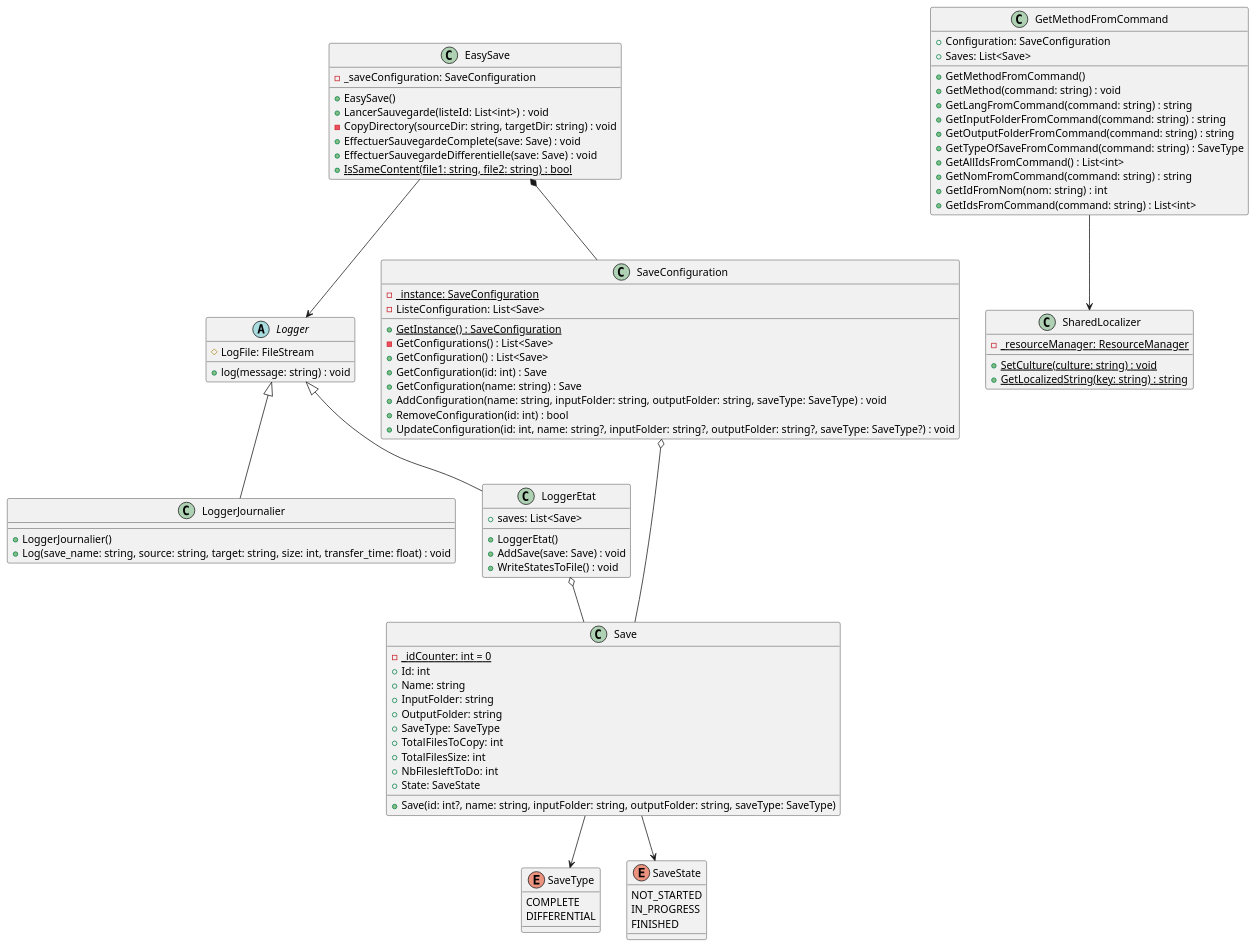
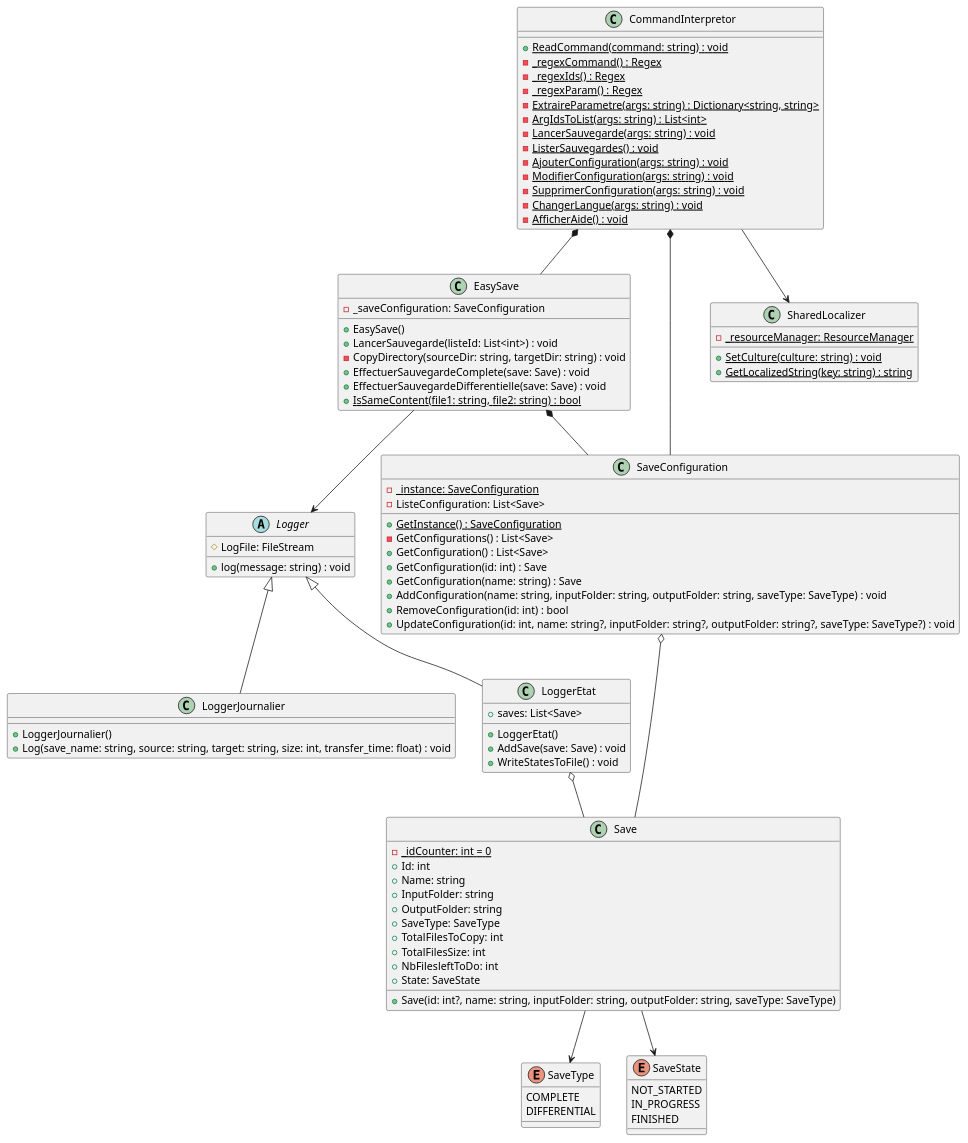
The diagram in UML/ClassDiagram.plantuml (Melvin-Menanteau/EasySave), drawn with PlantUML before and after one commit. The commit also changed 7 other files, not shown here.

Commit message:
feat (CommandInterpretor)

```diff
--- a/UML/ClassDiagram.plantuml
+++ b/UML/ClassDiagram.plantuml
@@ -1,97 +1,100 @@
 @startuml Diagramme de classe
 abstract class Logger {
     #LogFile: FileStream
     +log(message: string) : void
 }
 
 Logger <|-- LoggerJournalier
 class LoggerJournalier {
     +LoggerJournalier()
     +Log(save_name: string, source: string, target: string, size: int, transfer_time: float) : void
 }
 
 Logger <|-- LoggerEtat
 LoggerEtat o-- Save
 class LoggerEtat {
     +saves: List<Save>
     +LoggerEtat()
     +AddSave(save: Save) : void
     +WriteStatesToFile() : void
 }
 
 EasySave *-- SaveConfiguration
 EasySave --> Logger
 class EasySave {
     -_saveConfiguration: SaveConfiguration
     +EasySave()
     +LancerSauvegarde(listeId: List<int>) : void
     -CopyDirectory(sourceDir: string, targetDir: string) : void
     +EffectuerSauvegardeComplete(save: Save) : void
     +EffectuerSauvegardeDifferentielle(save: Save) : void
     {static}+IsSameContent(file1: string, file2: string) : bool
 }
 
 SaveConfiguration o-- Save
 class SaveConfiguration {
 	{static}-_instance: SaveConfiguration
 	-ListeConfiguration: List<Save>
 	{static}+GetInstance() : SaveConfiguration
 	-GetConfigurations() : List<Save>
 	+GetConfiguration() : List<Save>
 	+GetConfiguration(id: int) : Save
 	+GetConfiguration(name: string) : Save
 	+AddConfiguration(name: string, inputFolder: string, outputFolder: string, saveType: SaveType) : void
 	+RemoveConfiguration(id: int) : bool
 	+UpdateConfiguration(id: int, name: string?, inputFolder: string?, outputFolder: string?, saveType: SaveType?) : void
 }
 
 enum SaveType {
   COMPLETE
   DIFFERENTIAL
 }
 
 enum SaveState {
   NOT_STARTED
   IN_PROGRESS
   FINISHED
 }
 
 Save --> SaveType
 Save --> SaveState
 class Save {
 	{static}-_idCounter: int = 0
 	+Id: int
 	+Name: string
 	+InputFolder: string
 	+OutputFolder: string
 	+SaveType: SaveType
 	+TotalFilesToCopy: int
 	+TotalFilesSize: int
 	+NbFilesleftToDo: int
 	+State: SaveState
 	+Save(id: int?, name: string, inputFolder: string, outputFolder: string, saveType: SaveType)
 
 }
 
 class SharedLocalizer {
 	{static}-_resourceManager: ResourceManager
 	{static}+SetCulture(culture: string) : void
 	{static}+GetLocalizedString(key: string) : string
 }
 
-GetMethodFromCommand --> SharedLocalizer
-class GetMethodFromCommand {
-	+Configuration: SaveConfiguration
-	+Saves: List<Save>
-	+GetMethodFromCommand()
-	+GetMethod(command: string) : void
-	+GetLangFromCommand(command: string) : string
-	+GetInputFolderFromCommand(command: string) : string
-	+GetOutputFolderFromCommand(command: string) : string
-	+GetTypeOfSaveFromCommand(command: string) : SaveType
-	+GetAllIdsFromCommand() : List<int>
-	+GetNomFromCommand(command: string) : string
-	+GetIdFromNom(nom: string) : int
-	+GetIdsFromCommand(command: string) : List<int>
+CommandInterpretor --> SharedLocalizer
+CommandInterpretor *-- SaveConfiguration
+CommandInterpretor *-- EasySave
+class CommandInterpretor {
+	{static}+ReadCommand(command: string) : void
+	{static}-_regexCommand() : Regex
+	{static}-_regexIds() : Regex
+	{static}-_regexParam() : Regex
+	{static}-ExtraireParametre(args: string) : Dictionary<string, string>
+	{static}-ArgIdsToList(args: string) : List<int>
+	{static}-LancerSauvegarde(args: string) : void
+	{static}-ListerSauvegardes() : void
+	{static}-AjouterConfiguration(args: string) : void
+	{static}-ModifierConfiguration(args: string) : void
+	{static}-SupprimerConfiguration(args: string) : void
+	{static}-ChangerLangue(args: string) : void
+	{static}-AfficherAide() : void
 }
 @enduml
```
